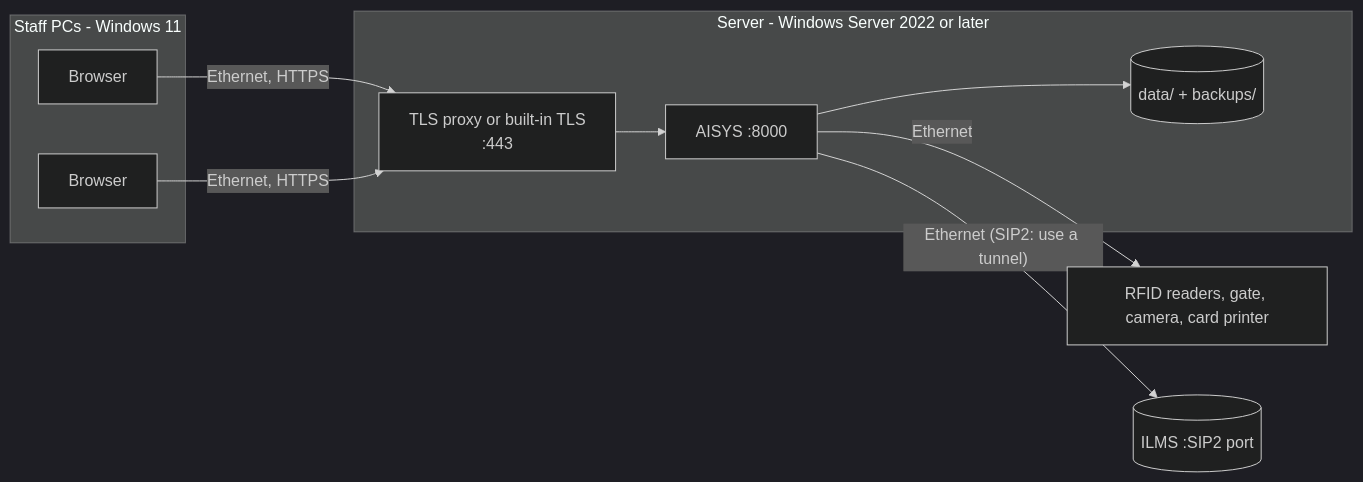
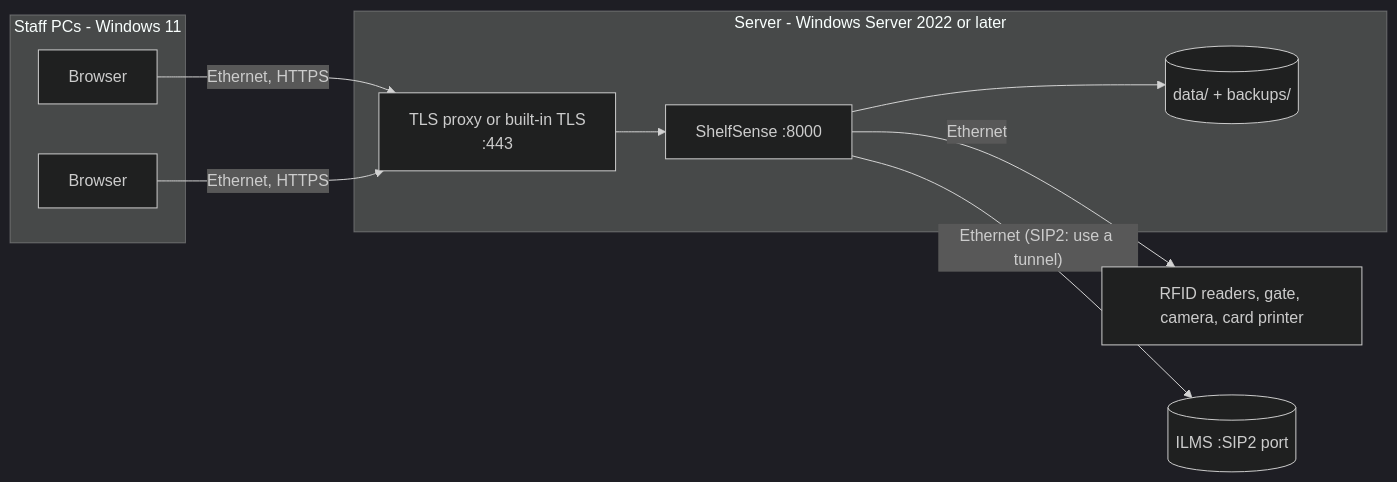
One commit to VighneshHM/aisys-rls changed the third of 5 diagrams in docs/architecture.md. Above: the diagram before and after it, drawn with Mermaid (dark theme). The commit also changed other lines of this file and 298 other files, not shown here.

Commit message:
Rename to ShelfSense and present as a standalone project

````diff
--- a/docs/architecture.md
+++ b/docs/architecture.md
@@ -87,16 +87,16 @@
 ```mermaid
 flowchart LR
   subgraph clients[Staff PCs - Windows 11]
     b1[Browser]
     b2[Browser]
   end
   subgraph server[Server - Windows Server 2022 or later]
     proxy[TLS proxy or built-in TLS<br/>:443]
-    app[AISYS :8000]
+    app[ShelfSense :8000]
     data[(data/ + backups/)]
     proxy --> app --> data
   end
   b1 & b2 -- "Ethernet, HTTPS" --> proxy
   app -- "Ethernet" --> readers[RFID readers, gate, camera, card printer]
   app -- "Ethernet (SIP2: use a tunnel)" --> ilms[(ILMS :SIP2 port)]
 ```
````
